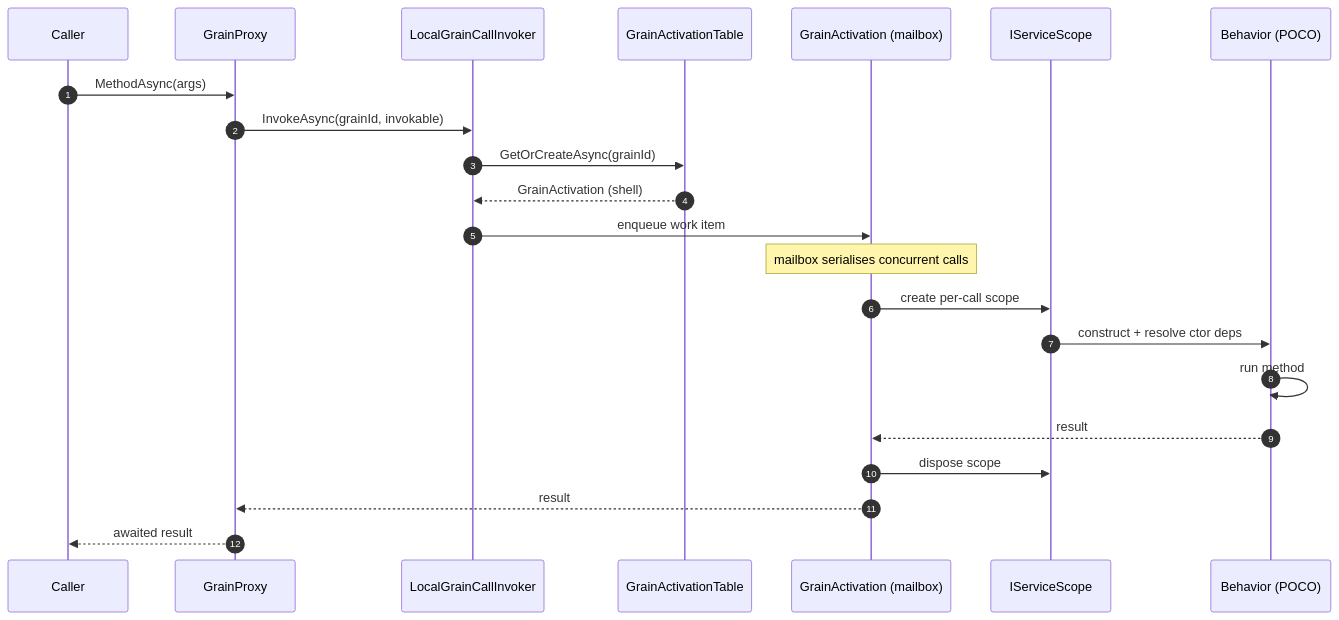
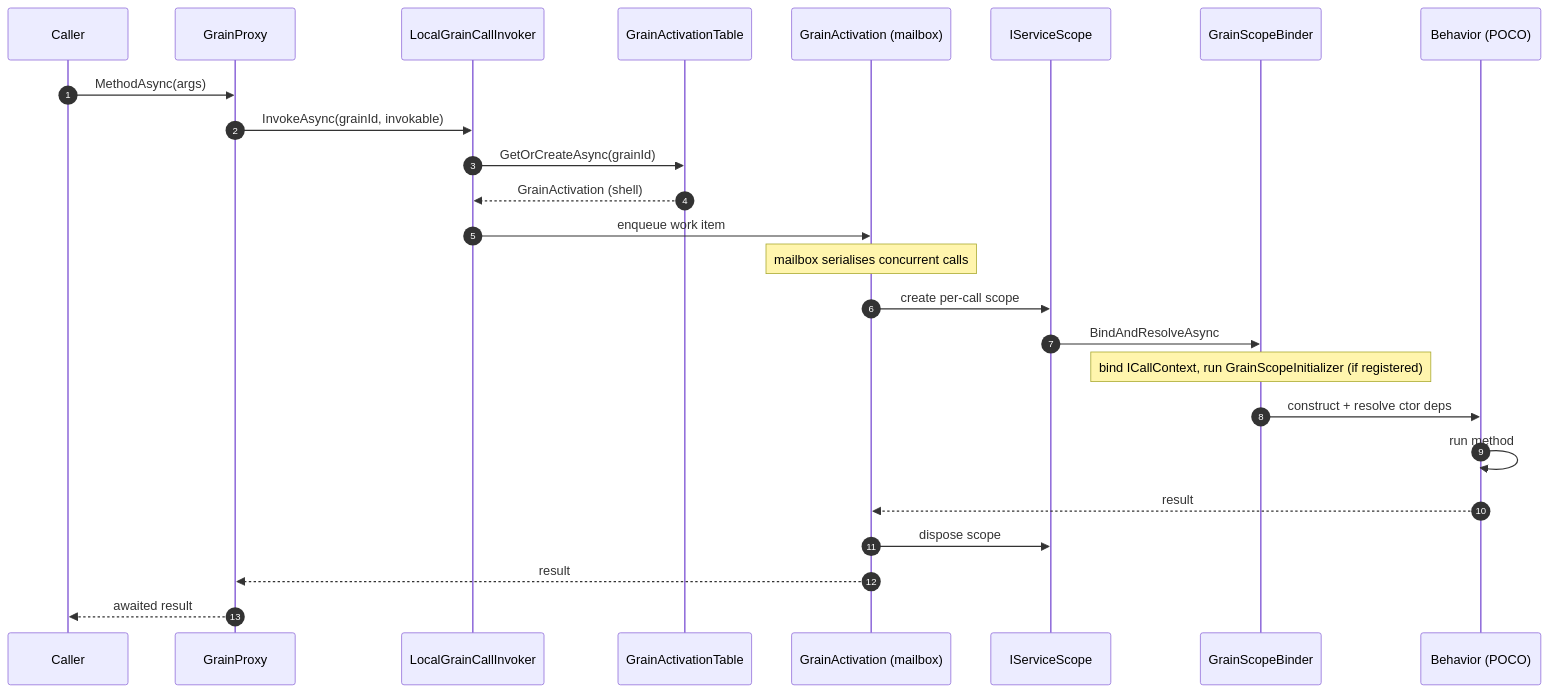
Before and after one commit to thnak/Quark: the third of 5 diagrams in wiki/Architecture.md, drawn with Mermaid. The commit also changed other lines of this file and 7 other files, not shown here.

````diff
--- a/wiki/Architecture.md
+++ b/wiki/Architecture.md
@@ -131,25 +131,28 @@
 ```mermaid
 sequenceDiagram
     autonumber
     participant App as Caller
     participant Proxy as GrainProxy
     participant Inv as LocalGrainCallInvoker
     participant Tbl as GrainActivationTable
     participant Shell as GrainActivation (mailbox)
     participant Scope as IServiceScope
+    participant Binder as GrainScopeBinder
     participant Beh as Behavior (POCO)
 
     App->>Proxy: MethodAsync(args)
     Proxy->>Inv: InvokeAsync(grainId, invokable)
     Inv->>Tbl: GetOrCreateAsync(grainId)
     Tbl-->>Inv: GrainActivation (shell)
     Inv->>Shell: enqueue work item
     Note over Shell: mailbox serialises concurrent calls
     Shell->>Scope: create per-call scope
-    Scope->>Beh: construct + resolve ctor deps
+    Scope->>Binder: BindAndResolveAsync
+    Note over Binder: bind ICallContext, run GrainScopeInitializer (if registered)
+    Binder->>Beh: construct + resolve ctor deps
     Beh->>Beh: run method
     Beh-->>Shell: result
     Shell->>Scope: dispose scope
     Shell-->>Proxy: result
     Proxy-->>App: awaited result
 ```
````
